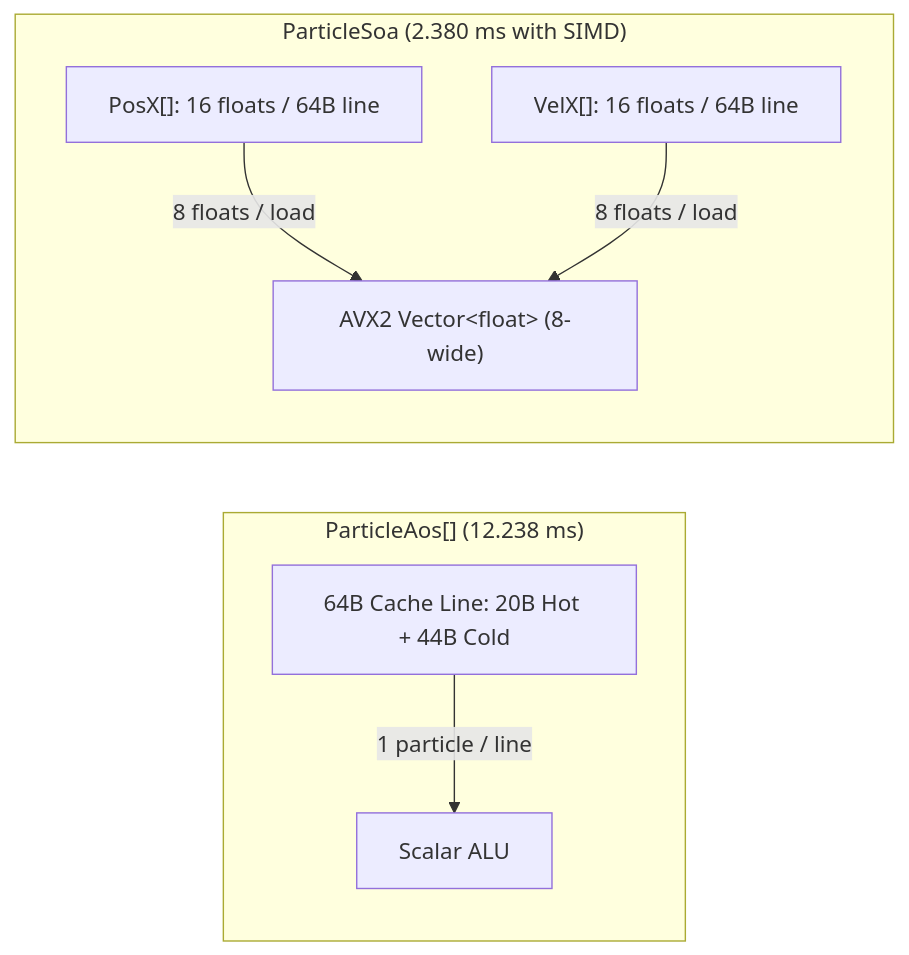
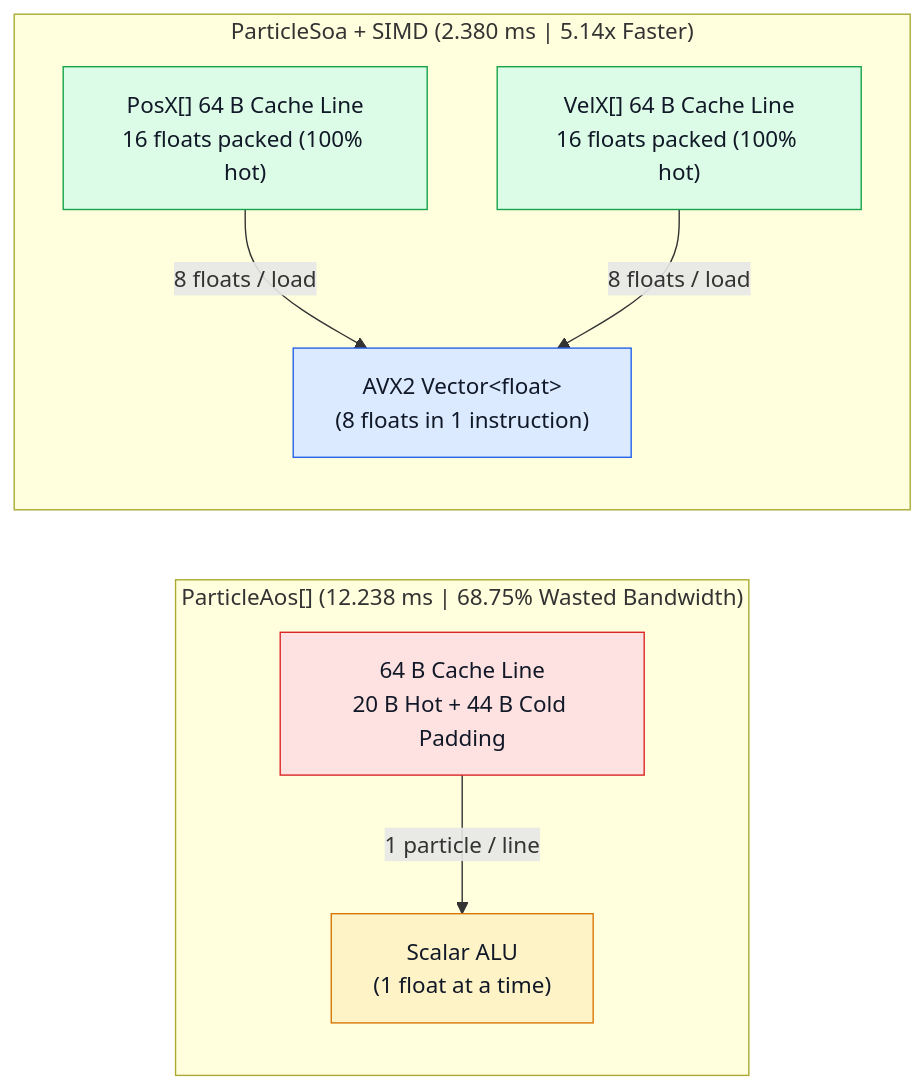
One commit to LevyArsOS/csharp-lessons changed the diagram in CSharpLessons/SoaVsAos/Tutorial/en.md. Above: the diagram before and after it, drawn with Mermaid. The commit also changed 5 other files, not shown here.

First line of the commit message:
docs(tutorials): fix DelegateCaching labels and upgrade Mermaid diagrams

````diff
--- a/CSharpLessons/SoaVsAos/Tutorial/en.md
+++ b/CSharpLessons/SoaVsAos/Tutorial/en.md
@@ -40,10 +40,16 @@
 ```mermaid
 flowchart LR
-    subgraph AoS["ParticleAos[] (12.238 ms)"]
-        A0["64B Cache Line: 20B Hot + 44B Cold"] -->|"1 particle / line"| CPU1["Scalar ALU"]
+    classDef slow fill:#fee2e2,stroke:#dc2626,color:#111827
+    classDef fast fill:#dcfce7,stroke:#16a34a,color:#111827
+    classDef hw fill:#dbeafe,stroke:#2563eb,color:#111827
+    classDef warn fill:#fef3c7,stroke:#d97706,color:#111827
+
+    subgraph AoS["ParticleAos[] (12.238 ms | 68.75% Wasted Bandwidth)"]
+        A0["64 B Cache Line<br/>20 B Hot + 44 B Cold Padding"]:::slow -->|"1 particle / line"| CPU1["Scalar ALU<br/>(1 float at a time)"]:::warn
     end
-    subgraph SoA["ParticleSoa (2.380 ms with SIMD)"]
-        S0["PosX[]: 16 floats / 64B line"] -->|"8 floats / load"| SIMD["AVX2 Vector&lt;float&gt; (8-wide)"]
-        S1["VelX[]: 16 floats / 64B line"] -->|"8 floats / load"| SIMD
+
+    subgraph SoA["ParticleSoa + SIMD (2.380 ms | 5.14x Faster)"]
+        S0["PosX[] 64 B Cache Line<br/>16 floats packed (100% hot)"]:::fast -->|"8 floats / load"| SIMD["AVX2 Vector&lt;float&gt;<br/>(8 floats in 1 instruction)"]:::hw
+        S1["VelX[] 64 B Cache Line<br/>16 floats packed (100% hot)"]:::fast -->|"8 floats / load"| SIMD
     end
 ```
````
